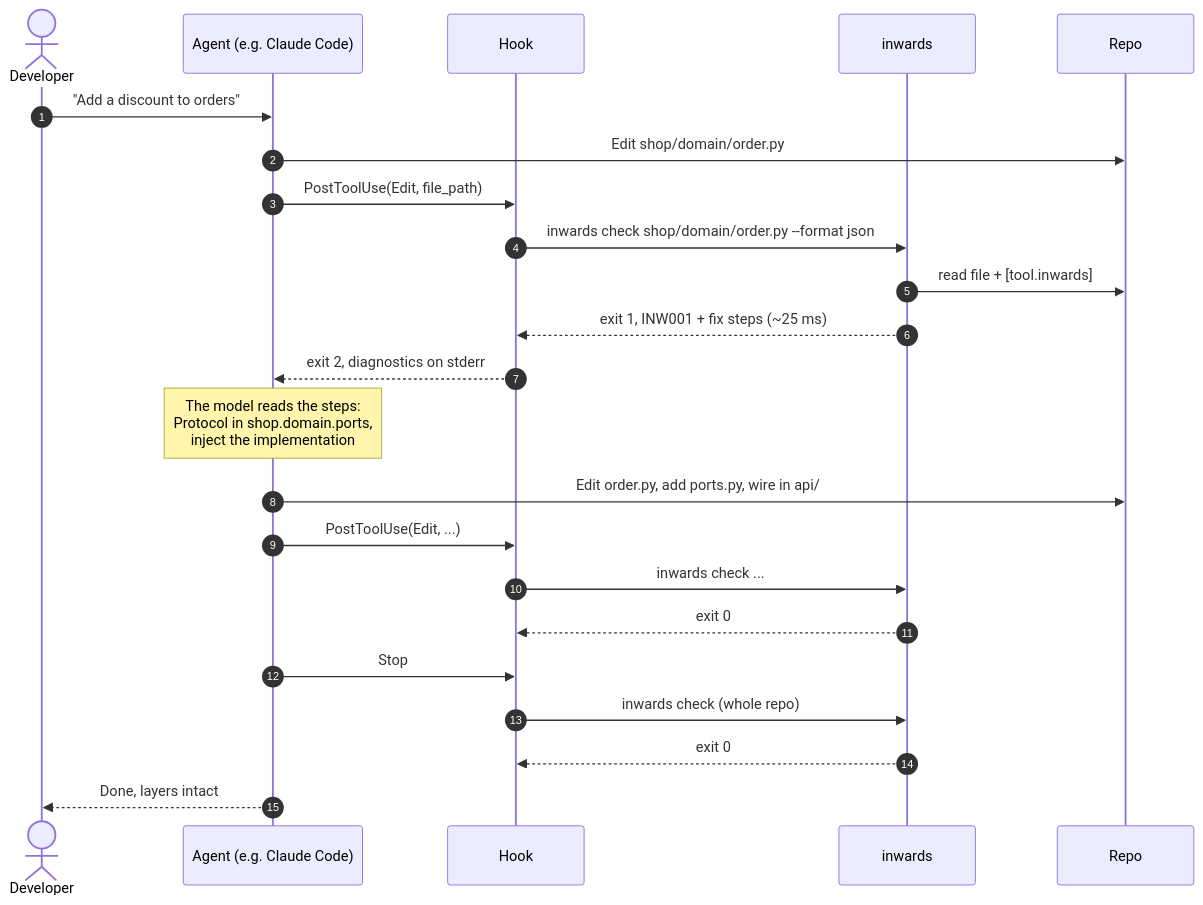
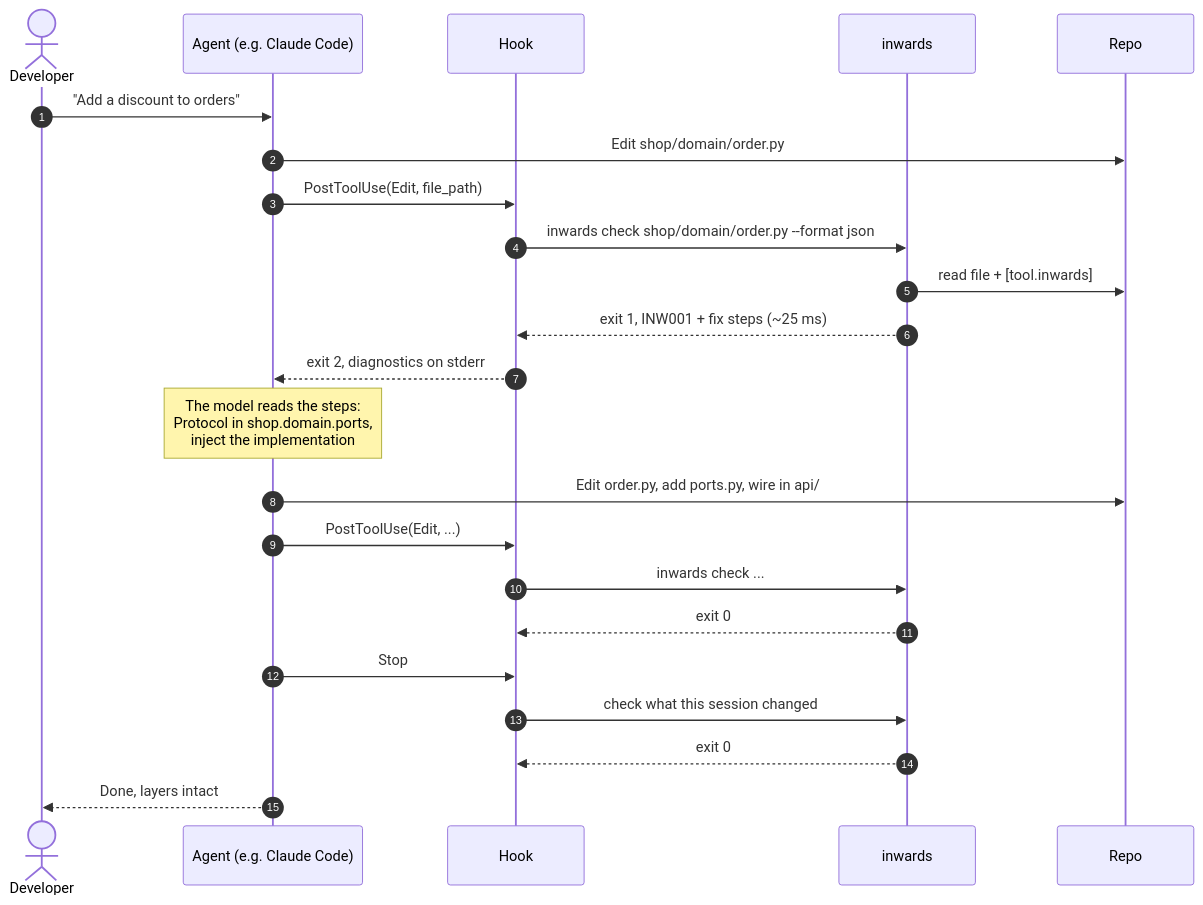
Before and after one commit to SirCypkowskyy/inwards: the first of 2 diagrams in docs/chapters/04-AI-Integration.md, drawn with Mermaid. The commit also changed other lines of this file and 17 other files, not shown here.

First line of the commit message:
feat(cli): Stop gate checks what the session changed (#20)

````diff
--- a/docs/chapters/04-AI-Integration.md
+++ b/docs/chapters/04-AI-Integration.md
@@ -9,26 +9,26 @@
 ```mermaid
 sequenceDiagram
     autonumber
     actor U as Developer
     participant A as Agent (e.g. Claude Code)
     participant H as Hook
     participant S as inwards
     participant FS as Repo
 
     U->>A: "Add a discount to orders"
     A->>FS: Edit shop/domain/order.py
     A->>H: PostToolUse(Edit, file_path)
     H->>S: inwards check shop/domain/order.py --format json
     S->>FS: read file + [tool.inwards]
     S-->>H: exit 1, INW001 + fix steps (~25 ms)
     H-->>A: exit 2, diagnostics on stderr
     Note over A: The model reads the steps:<br/>Protocol in shop.domain.ports,<br/>inject the implementation
     A->>FS: Edit order.py, add ports.py, wire in api/
     A->>H: PostToolUse(Edit, ...)
     H->>S: inwards check ...
     S-->>H: exit 0
     A->>H: Stop
-    H->>S: inwards check (whole repo)
+    H->>S: check what this session changed
     S-->>H: exit 0
     A-->>U: Done, layers intact
 ```
````
